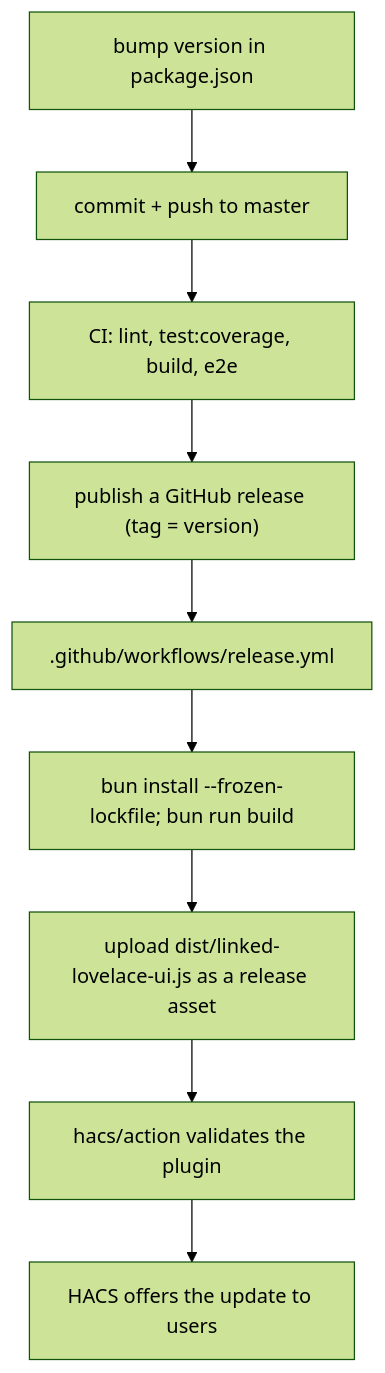
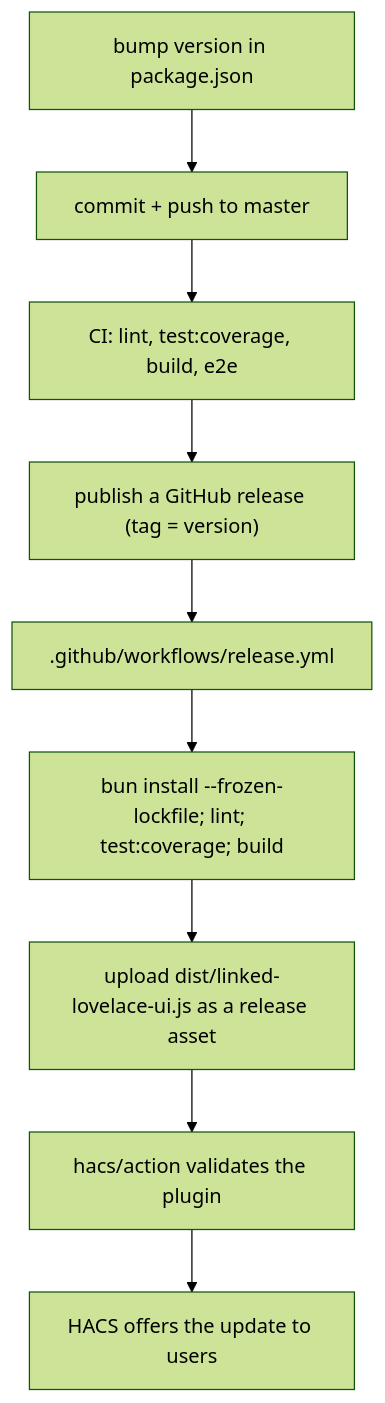
The diagram in .claude/skills/release-hacs/SKILL.md (daredoes/linked-lovelace-ui), drawn with Mermaid (forest theme) before and after one commit. The commit also changed 41 other files, not shown here.

````diff
--- a/.claude/skills/release-hacs/SKILL.md
+++ b/.claude/skills/release-hacs/SKILL.md
@@ -12,11 +12,11 @@
 ```mermaid
 flowchart TD
     A["bump version in package.json"] --> B["commit + push to master"]
     B --> C["CI: lint, test:coverage, build, e2e"]
     C --> D["publish a GitHub release (tag = version)"]
     D --> E[".github/workflows/release.yml"]
-    E --> F["bun install --frozen-lockfile; bun run build"]
+    E --> F["bun install --frozen-lockfile; lint; test:coverage; build"]
     F --> G["upload dist/linked-lovelace-ui.js as a release asset"]
     G --> H["hacs/action validates the plugin"]
     H --> I["HACS offers the update to users"]
 ```
````
